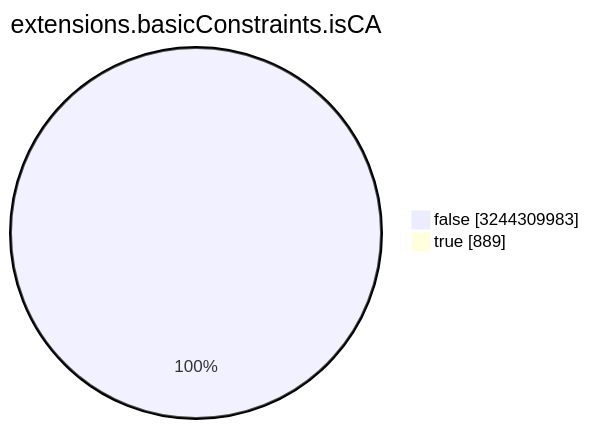
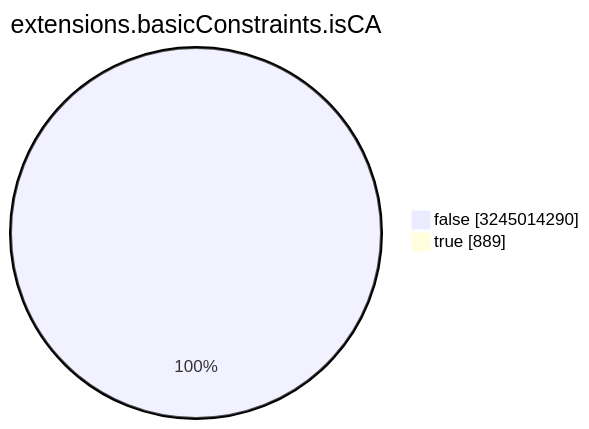
The seventh of 15 diagrams in TOTAL/README.md (christiankrug/ctmonitor_visualization), drawn with Mermaid before and after one commit. The commit also changed other lines of this file, not shown here.

````diff
--- a/TOTAL/README.md
+++ b/TOTAL/README.md
@@ -3088,6 +3088,6 @@
 ```mermaid
 pie showData
 title extensions.basicConstraints.isCA
-"false" :3244309983
+"false" :3245014290
 "true" :889
 ```
````
